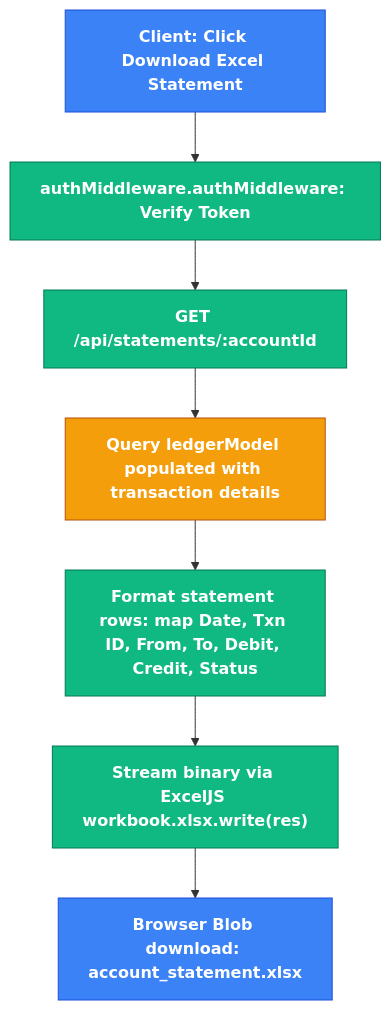
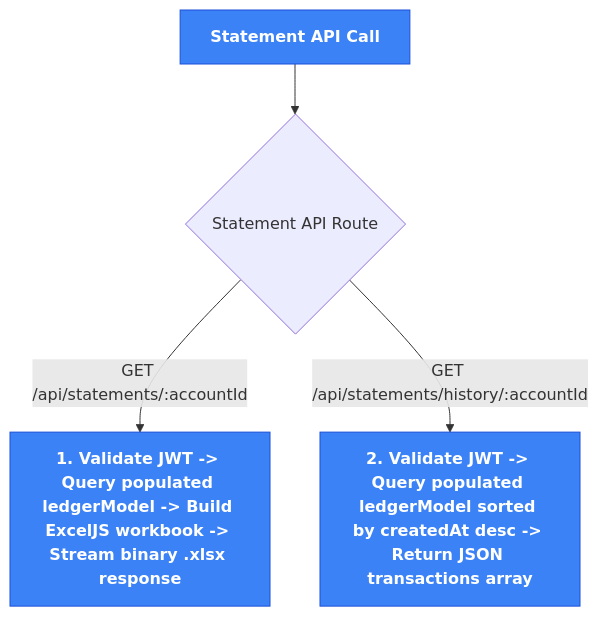
Before and after one commit to nihar5776/Banking-System: the fifth of 5 diagrams in README.md, drawn with Mermaid. The commit also changed other lines of this file, not shown here.

Commit message:
docs: detail explicit step-by-step execution workflows for all 14 backend API endpoints in README

````diff
--- a/README.md
+++ b/README.md
@@ -417,15 +382,13 @@
 ```mermaid
 graph TD
     classDef client fill:#3b82f6,stroke:#1d4ed8,color:#fff,font-weight:bold;
     classDef server fill:#10b981,stroke:#047857,color:#fff,font-weight:bold;
     classDef db fill:#f59e0b,stroke:#b45309,color:#fff,font-weight:bold;
+
+    Start["Statement API Call"] --> StmRoute{Statement API Route}
     
-    Start["Client: Click Download Excel Statement"] --> Guard["authMiddleware.authMiddleware: Verify Token"]:::server
-    Guard --> GET_Statement["GET /api/statements/:accountId"]:::server
-    GET_Statement --> QueryLedger["Query ledgerModel populated with transaction details"]:::db
-    QueryLedger --> FormatRows["Format statement rows: map Date, Txn ID, From, To, Debit, Credit, Status"]:::server
-    FormatRows --> StreamExcel["Stream binary via ExcelJS workbook.xlsx.write(res)"]:::server
-    StreamExcel --> Download["Browser Blob download: account_statement.xlsx"]:::client
+    StmRoute -->|GET /api/statements/:accountId| Excel["1. Validate JWT -> Query populated ledgerModel -> Build ExcelJS workbook -> Stream binary .xlsx response"]:::server
+    StmRoute -->|GET /api/statements/history/:accountId| History["2. Validate JWT -> Query populated ledgerModel sorted by createdAt desc -> Return JSON transactions array"]:::server
 
-    class Start,Download client;
+    class Start,Excel,History client;
 ```
````
